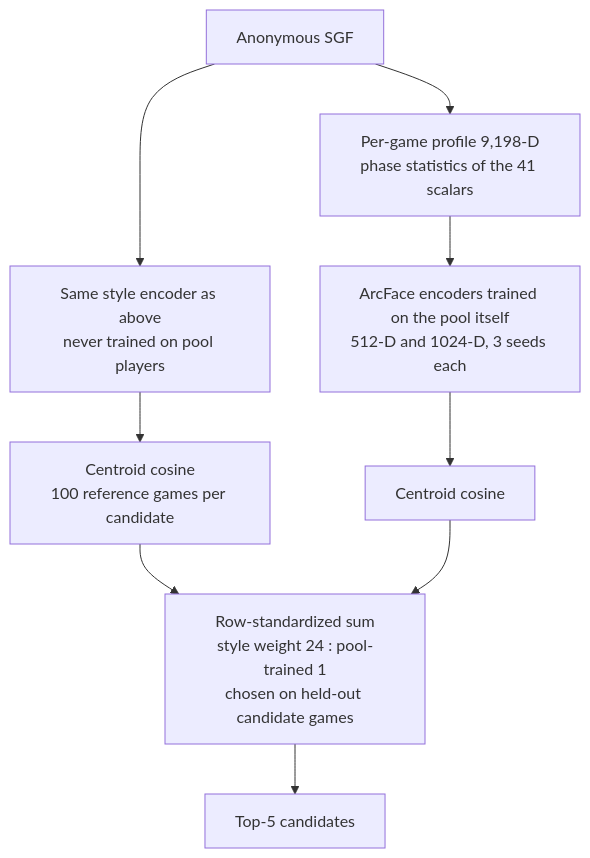
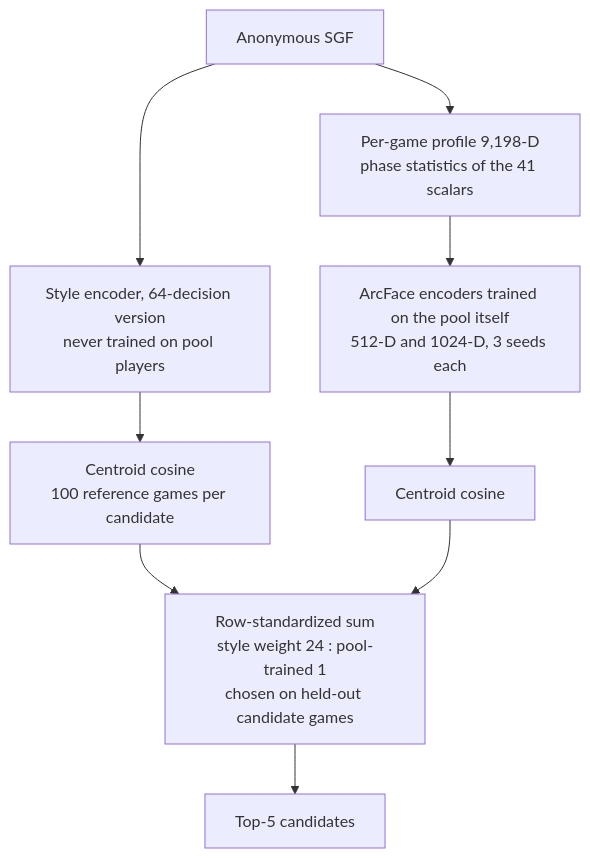
One commit to richard880502/AICUP2026_GO changed the third of 3 diagrams in README.md. Above: the diagram before and after it, drawn with Mermaid. The commit also changed other lines of this file and 5 other files, not shown here.

````diff
--- a/README.md
+++ b/README.md
@@ -87,11 +85,11 @@
 ```mermaid
 flowchart TD
-    SGF2["Anonymous SGF"] --> STYLE2["Same style encoder as above<br/>never trained on pool players"]
+    SGF2["Anonymous SGF"] --> STYLE2["Style encoder, 64-decision version<br/>never trained on pool players"]
     SGF2 --> PROFILE["Per-game profile 9,198-D<br/>phase statistics of the 41 scalars"]
     PROFILE --> ARCFACE["ArcFace encoders trained on the pool itself<br/>512-D and 1024-D, 3 seeds each"]
     STYLE2 --> SCOS["Centroid cosine<br/>100 reference games per candidate"]
     ARCFACE --> PCOS["Centroid cosine"]
     SCOS --> MIX["Row-standardized sum<br/>style weight 24 : pool-trained 1<br/>chosen on held-out candidate games"]
     PCOS --> MIX
     MIX --> TOP5B["Top-5 candidates"]
 ```
````
